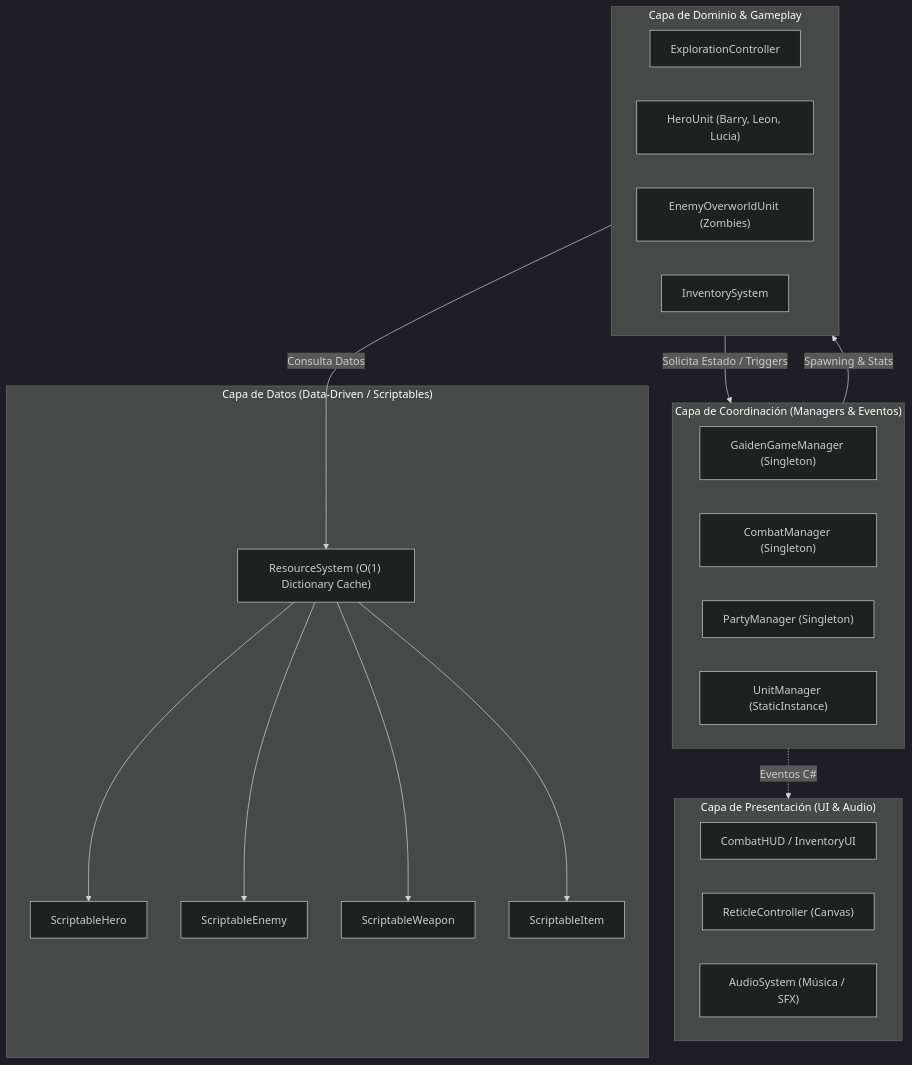
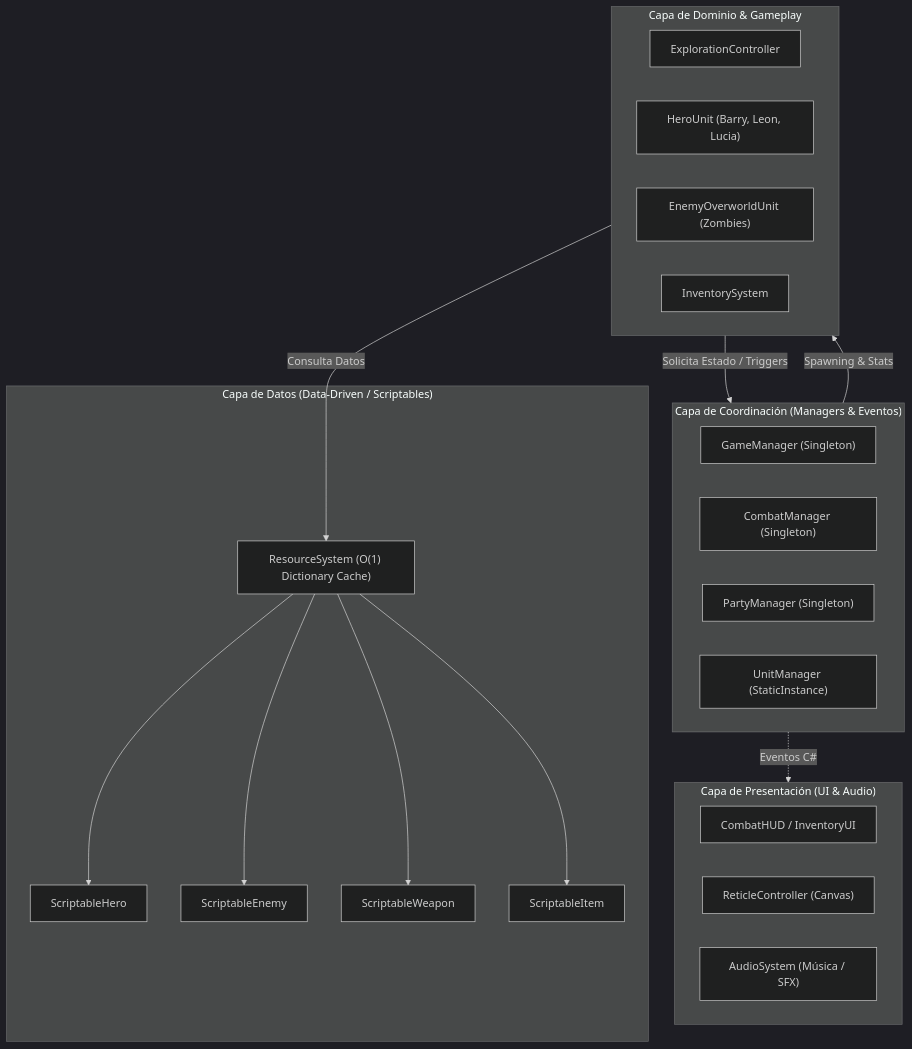
Before and after one commit to matichanx3x3/proyectoGaiden: the first of 4 diagrams in Documentación/06 - Diagramas y Canvas/06.1 - Diagramas Mermaid de Arquitectura.md, drawn with Mermaid (dark theme). The commit also changed other lines of this file and 506 other files, not shown here.

````diff
--- a/Documentación/06 - Diagramas y Canvas/06.1 - Diagramas Mermaid de Arquitectura.md
+++ b/Documentación/06 - Diagramas y Canvas/06.1 - Diagramas Mermaid de Arquitectura.md
@@ -17,39 +17,39 @@
 ```mermaid
 flowchart TD
     subgraph UI_Layer["Capa de Presentación (UI & Audio)"]
         HUD["CombatHUD / InventoryUI"]
         ReticleView["ReticleController (Canvas)"]
         Audio["AudioSystem (Música / SFX)"]
     end
 
     subgraph Managers_Layer["Capa de Coordinación (Managers & Eventos)"]
-        GameMgr["GaidenGameManager (Singleton)"]
+        GameMgr["GameManager (Singleton)"]
         CombatMgr["CombatManager (Singleton)"]
         PartyMgr["PartyManager (Singleton)"]
         UnitMgr["UnitManager (StaticInstance)"]
     end
 
     subgraph Domain_Layer["Capa de Dominio & Gameplay"]
         ExploCtrl["ExplorationController"]
         HeroUnit["HeroUnit (Barry, Leon, Lucia)"]
         EnemyUnit["EnemyOverworldUnit (Zombies)"]
         InvSys["InventorySystem"]
     end
 
     subgraph Data_Layer["Capa de Datos (Data-Driven / Scriptables)"]
         ResSys["ResourceSystem (O(1) Dictionary Cache)"]
         SO_Hero["ScriptableHero"]
         SO_Enemy["ScriptableEnemy"]
         SO_Weapon["ScriptableWeapon"]
         SO_Item["ScriptableItem"]
     end
 
     Managers_Layer -.->|Eventos C#| UI_Layer
     Domain_Layer -->|Solicita Estado / Triggers| Managers_Layer
     Managers_Layer -->|Spawning & Stats| Domain_Layer
     Domain_Layer -->|Consulta Datos| ResSys
     ResSys --> SO_Hero
     ResSys --> SO_Enemy
     ResSys --> SO_Weapon
     ResSys --> SO_Item
 ```
````
